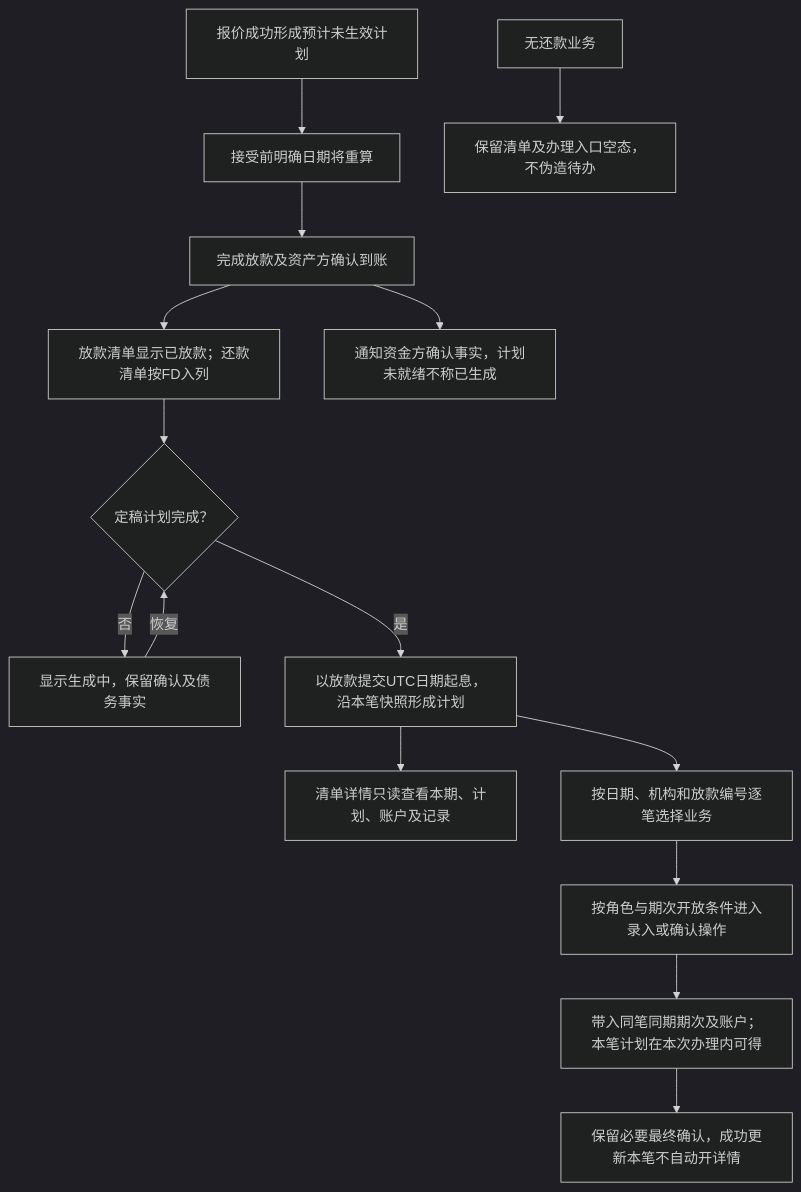
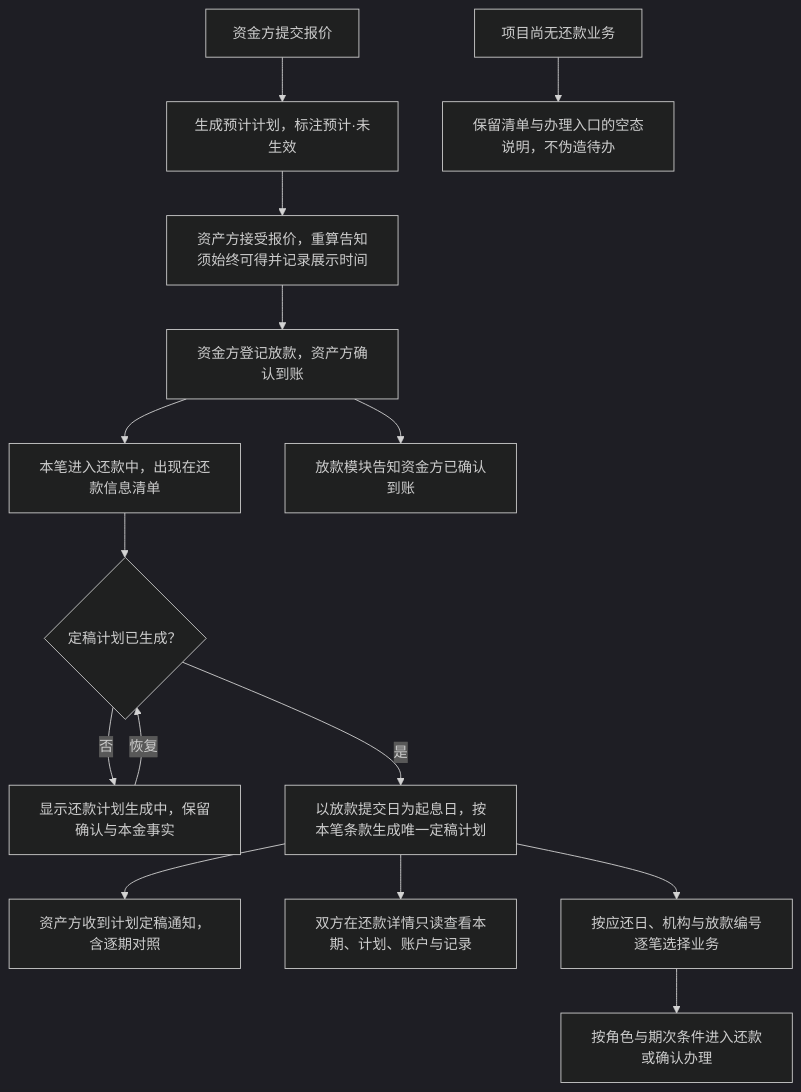
The first of 5 diagrams in lending-platform/PRD/面客端/08-借贷广场-还款计划与还款确认/02-还款计划与还款确认-流程图与状态机.md (wxblockchain/Chain-Financing), drawn with Mermaid (dark theme) before and after one commit. The commit also changed other lines of this file and 6 other files, not shown here.

````diff
--- a/lending-platform/PRD/面客端/08-借贷广场-还款计划与还款确认/02-还款计划与还款确认-流程图与状态机.md
+++ b/lending-platform/PRD/面客端/08-借贷广场-还款计划与还款确认/02-还款计划与还款确认-流程图与状态机.md
@@ -24,17 +21,17 @@
 ```mermaid
 flowchart TD
-  A[报价成功形成预计未生效计划] --> B[接受前明确日期将重算]
-  B --> C[完成放款及资产方确认到账]
-  C --> D[放款清单显示已放款；还款清单按FD入列]
-  C --> N[通知资金方确认事实，计划未就绪不称已生成]
-  D --> E{定稿计划完成？}
-  E -->|否| F[显示生成中，保留确认及债务事实]
-  F -->|恢复| E
-  E -->|是| G[以放款提交UTC日期起息，沿本笔快照形成计划]
-  G --> H[清单详情只读查看本期、计划、账户及记录]
-  G --> I[按日期、机构和放款编号逐笔选择业务]
-  I --> J[按角色与期次开放条件进入录入或确认操作]
-  J --> K[带入同笔同期期次及账户；本笔计划在本次办理内可得]
-  K --> L[保留必要最终确认，成功更新本笔不自动开详情]
-  P[无还款业务] --> Q[保留清单及办理入口空态，不伪造待办]
+  A[资金方提交报价] --> B[生成预计计划，标注预计·未生效]
+  B --> C[资产方接受报价，重算告知须始终可得并记录展示时间]
+  C --> D[资金方登记放款，资产方确认到账]
+  D --> E[本笔进入还款中，出现在还款信息清单]
+  D --> N[放款模块告知资金方已确认到账]
+  E --> F{定稿计划已生成？}
+  F -->|否| G[显示还款计划生成中，保留确认与本金事实]
+  G -->|恢复| F
+  F -->|是| H[以放款提交日为起息日，按本笔条款生成唯一定稿计划]
+  H --> I[资产方收到计划定稿通知，含逐期对照]
+  H --> J[双方在还款详情只读查看本期、计划、账户与记录]
+  H --> K[按应还日、机构与放款编号逐笔选择业务]
+  K --> L[按角色与期次条件进入还款或确认办理]
+  P[项目尚无还款业务] --> Q[保留清单与办理入口的空态说明，不伪造待办]
 ```
````
